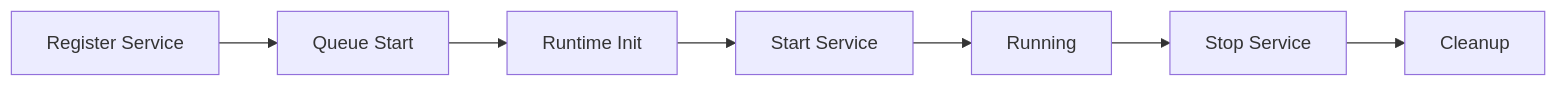
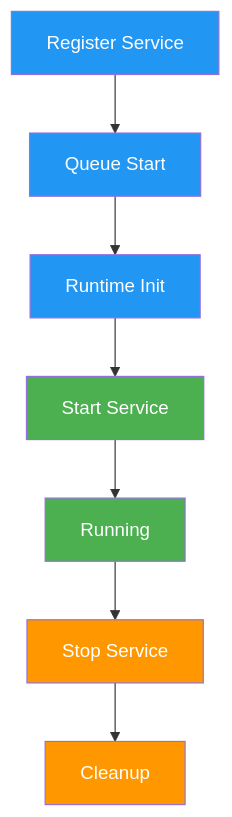
One commit to elizaOS/docs changed the diagram in runtime/services.mdx. Above: the diagram before and after it, drawn with Mermaid. The commit also changed 10 other files, not shown here.

Commit message:
improve mermaids

````diff
--- a/runtime/services.mdx
+++ b/runtime/services.mdx
@@ -75,9 +75,17 @@
 ```mermaid
-graph LR
+flowchart TD
     Register[Register Service] --> Queue[Queue Start]
     Queue --> Init[Runtime Init]
     Init --> Start[Start Service]
     Start --> Running[Running]
     Running --> Stop[Stop Service]
     Stop --> Cleanup[Cleanup]
+    
+    classDef setup fill:#2196f3,color:#fff
+    classDef active fill:#4caf50,color:#fff
+    classDef shutdown fill:#ff9800,color:#fff
+    
+    class Register,Queue,Init setup
+    class Start,Running active
+    class Stop,Cleanup shutdown
 ```
````
